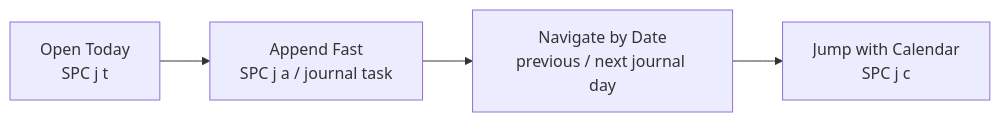
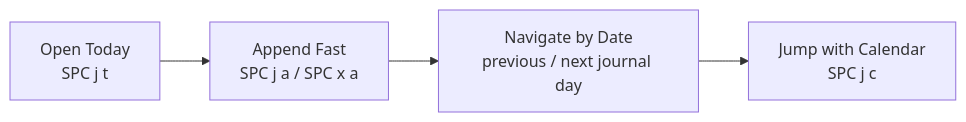
The diagram in docs/JOURNAL.md (hindol/Bloom), drawn with Mermaid before and after one commit. The commit also changed other lines of this file and 13 other files, not shown here.

````diff
--- a/docs/JOURNAL.md
+++ b/docs/JOURNAL.md
@@ -9,6 +9,6 @@
 ```mermaid
 flowchart LR
-    T["Open Today<br/>SPC j t"] --> A["Append Fast<br/>SPC j a / journal task"]
+    T["Open Today<br/>SPC j t"] --> A["Append Fast<br/>SPC j a / SPC x a"]
     A --> N["Navigate by Date<br/>previous / next journal day"]
     N --> C["Jump with Calendar<br/>SPC j c"]
 ```
````
